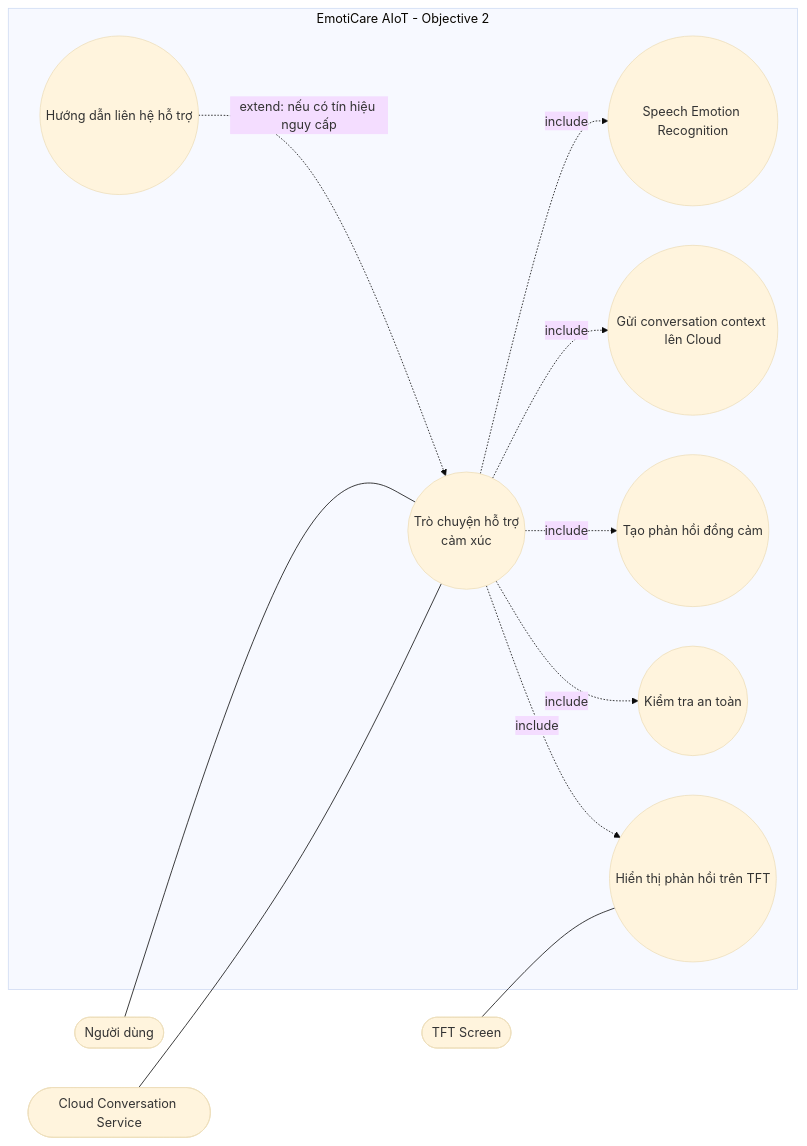
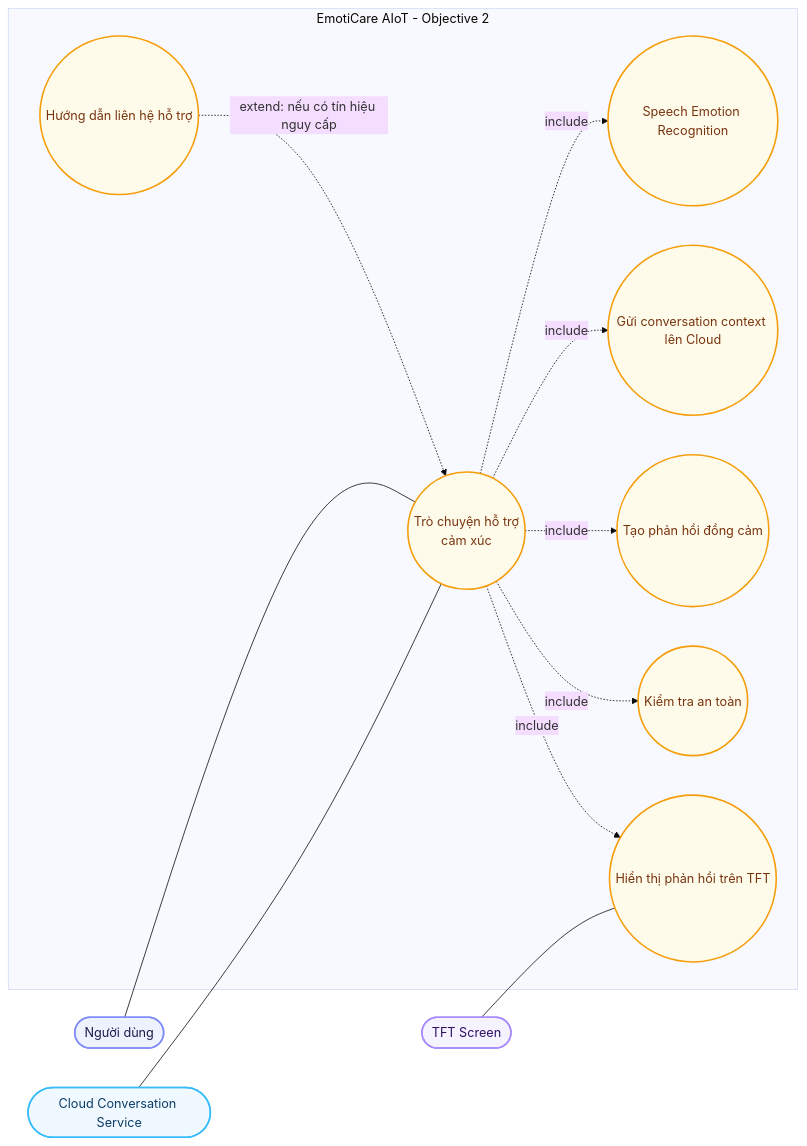
Before and after one commit to Computer-Vision-HCMUS/AIoT-Server: the ninth of 12 diagrams in docs/Spectification/EmotiCareAIoT/03_Objectives.md, drawn with Mermaid (base theme). The commit also changed other lines of this file and 88 other files, not shown here.

````diff
--- a/docs/Spectification/EmotiCareAIoT/03_Objectives.md
+++ b/docs/Spectification/EmotiCareAIoT/03_Objectives.md
@@ -392,26 +491,38 @@
 ```mermaid
 flowchart LR
     User(["Người dùng"])
     Cloud(["Cloud Conversation Service"])
     TFT(["TFT Screen"])
 
     subgraph System["EmotiCare AIoT - Objective 2"]
         UC04(("Trò chuyện hỗ trợ\ncảm xúc"))
         UC01(("Speech Emotion Recognition"))
         UC03A(("Gửi conversation context lên Cloud"))
         UC03B(("Tạo phản hồi đồng cảm"))
         UC03C(("Kiểm tra an toàn"))
         UC03D(("Hiển thị phản hồi trên TFT"))
         UC03E(("Hướng dẫn liên hệ hỗ trợ"))
     end
 
     User --- UC04
     Cloud --- UC04
     TFT --- UC03D
     UC04 -. "include" .-> UC01
     UC04 -. "include" .-> UC03A
     UC04 -. "include" .-> UC03B
     UC04 -. "include" .-> UC03C
     UC04 -. "include" .-> UC03D
     UC03E -. "extend: nếu có tín hiệu nguy cấp" .-> UC04
+
+
+    classDef userNode stroke:#818cf8,fill:#eef2ff,stroke-width:2px,color:#1e1b4b
+    classDef edgeNode stroke:#a78bfa,fill:#f5f3ff,stroke-width:2px,color:#2e1065
+    classDef cacheNode stroke:#2dd4bf,fill:#f0fdfa,stroke-width:2px,color:#0d5a57
+    classDef cloudNode stroke:#38bdf8,fill:#f0f9ff,stroke-width:2px,color:#0c3d67
+    classDef serviceNode stroke:#4ade80,fill:#f0fdf4,stroke-width:2px,color:#1a3a1a
+    classDef actionNode stroke:#f59e0b,fill:#fffbeb,stroke-width:2px,color:#78350f
+    class User userNode
+    class TFT edgeNode
+    class Cloud cloudNode
+    class UC04,UC01,UC03A,UC03B,UC03C,UC03D,UC03E actionNode
 ```
````
